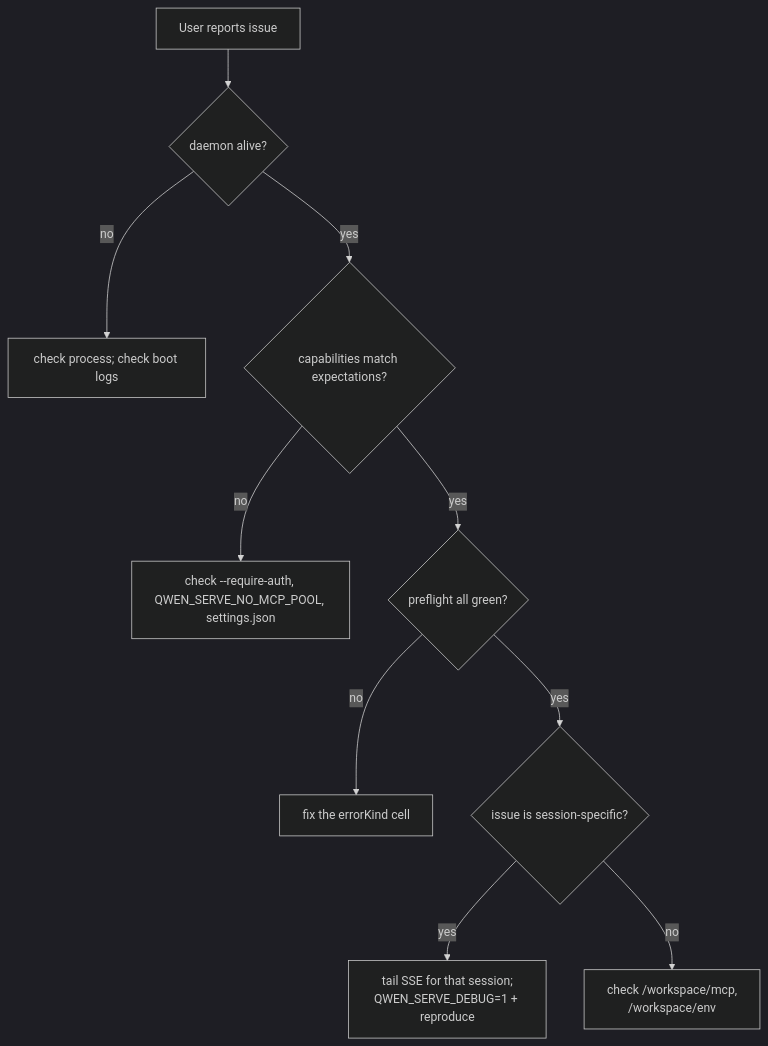
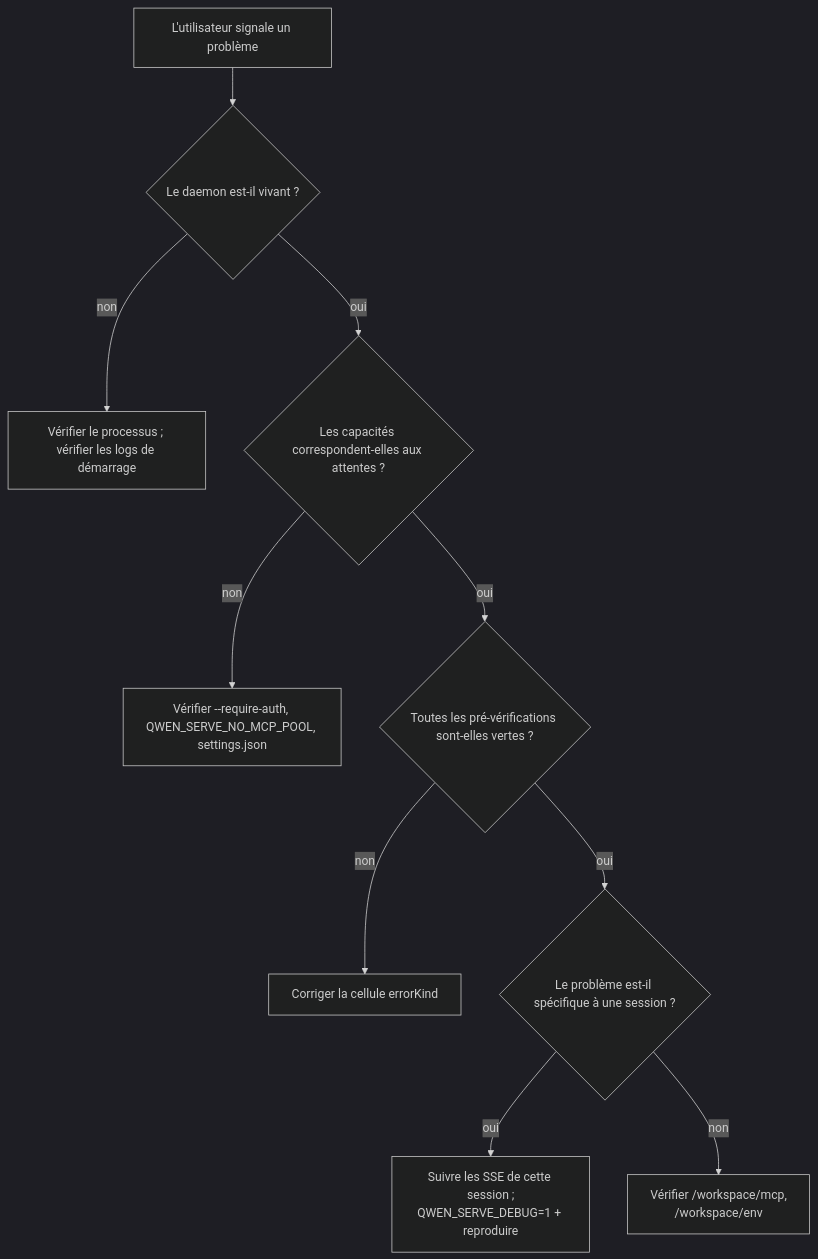
The diagram in website/content/fr/developers/daemon/19-observability.md (QwenLM/qwen-code-docs), drawn with Mermaid (dark theme) before and after one commit. The commit also changed other lines of this file and 1077 other files, not shown here.

````diff
--- a/website/content/fr/developers/daemon/19-observability.md
+++ b/website/content/fr/developers/daemon/19-observability.md
@@ -97,12 +98,12 @@
 ```mermaid
 flowchart TD
-    A[User reports issue] --> B{daemon alive?}
-    B -->|no| BD[check process; check boot logs]
-    B -->|yes| C{capabilities match expectations?}
-    C -->|no| CD["check --require-auth, QWEN_SERVE_NO_MCP_POOL, settings.json"]
-    C -->|yes| D{preflight all green?}
-    D -->|no| DD["fix the errorKind cell"]
-    D -->|yes| E{issue is session-specific?}
-    E -->|yes| ES["tail SSE for that session;<br/>QWEN_SERVE_DEBUG=1 + reproduce"]
-    E -->|no| EW["check /workspace/mcp,<br/>/workspace/env"]
+    A[L'utilisateur signale un problème] --> B{Le daemon est-il vivant ?}
+    B -->|non| BD[Vérifier le processus ; vérifier les logs de démarrage]
+    B -->|oui| C{Les capacités correspondent-elles aux attentes ?}
+    C -->|non| CD["Vérifier --require-auth, QWEN_SERVE_NO_MCP_POOL, settings.json"]
+    C -->|oui| D{Toutes les pré-vérifications sont-elles vertes ?}
+    D -->|non| DD["Corriger la cellule errorKind"]
+    D -->|oui| E{Le problème est-il spécifique à une session ?}
+    E -->|oui| ES["Suivre les SSE de cette session ;<br/>QWEN_SERVE_DEBUG=1 + reproduire"]
+    E -->|non| EW["Vérifier /workspace/mcp,<br/>/workspace/env"]
 ```
````
